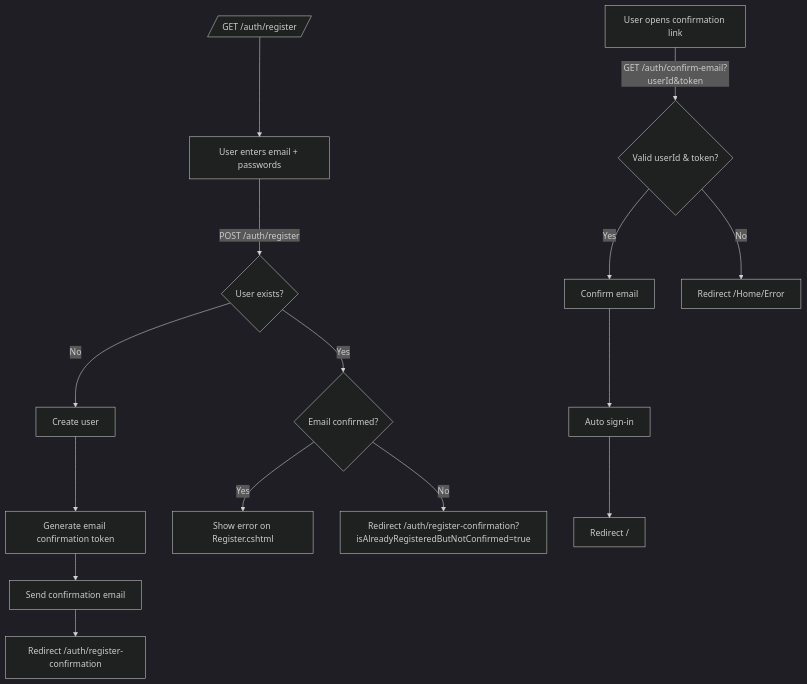
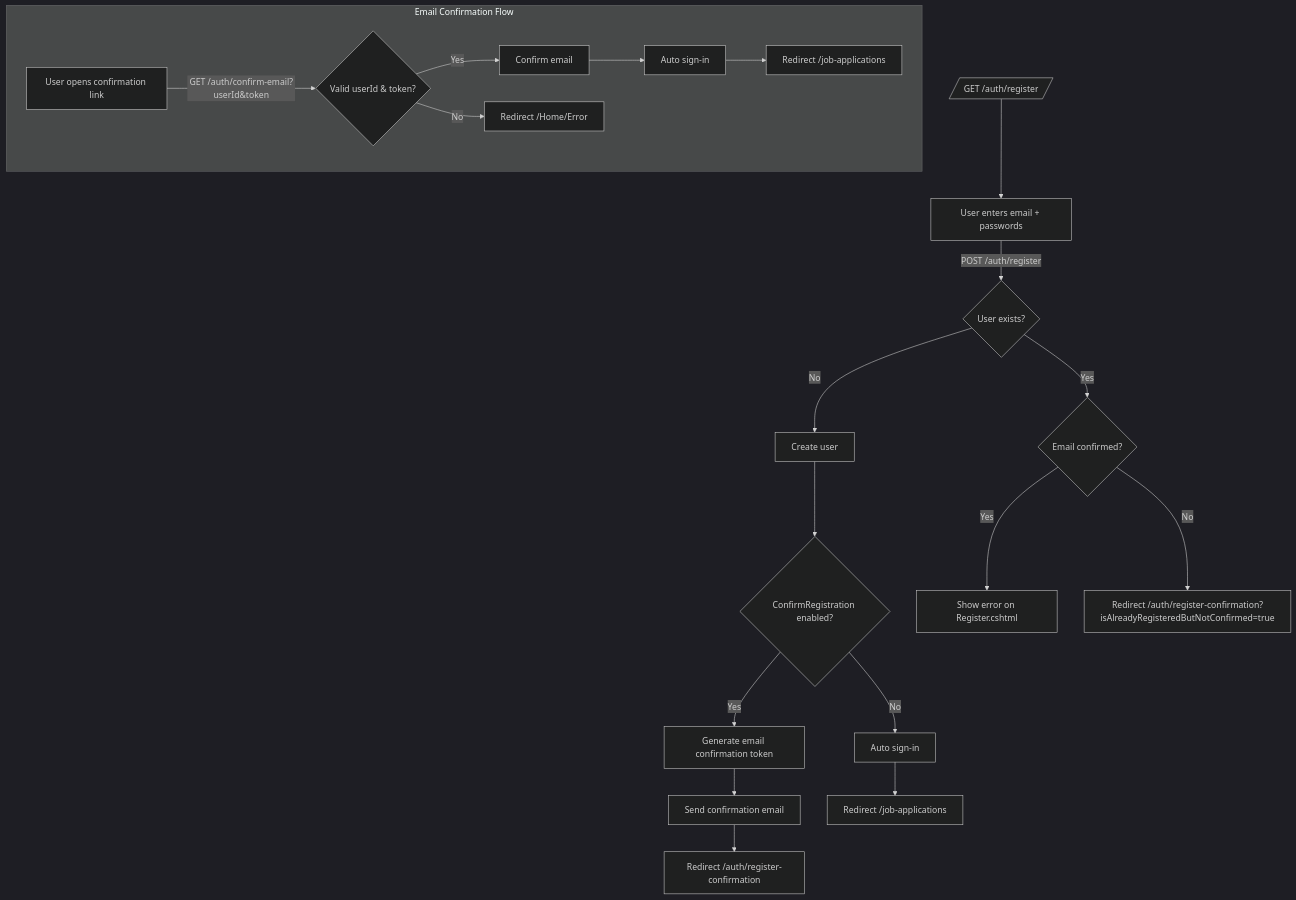
The third of 3 diagrams in docs/auth-flows.md (DanielSzopa/CareerPilotAi), drawn with Mermaid before and after one commit. The commit also changed other lines of this file and 5 other files, not shown here.

````diff
--- a/docs/auth-flows.md
+++ b/docs/auth-flows.md
@@ -233,20 +236,25 @@
 ```mermaid
 %%{init: { 'theme': 'dark' }}%%
 flowchart TD
   R1[/GET /auth/register/] --> R2[User enters email + passwords]
   R2 -->|POST /auth/register| R3{User exists?}
   R3 -- No --> R4[Create user]
-  R4 --> R5[Generate email confirmation token]
+  R4 --> R4_1{ConfirmRegistration enabled?}
+  R4_1 -- Yes --> R5[Generate email confirmation token]
   R5 --> R6[Send confirmation email]
   R6 --> R7[Redirect /auth/register-confirmation]
+  R4_1 -- No --> R4_2[Auto sign-in]
+  R4_2 --> R4_3[Redirect /job-applications]
   R3 -- Yes --> R8{Email confirmed?}
   R8 -- Yes --> R9[Show error on Register.cshtml]
   R8 -- No --> R10[Redirect /auth/register-confirmation?isAlreadyRegisteredButNotConfirmed=true]
 
-  C1[User opens confirmation link]
-  C1 -->|GET /auth/confirm-email?userId&token| C2{Valid userId & token?}
-  C2 -- Yes --> C3[Confirm email]
-  C3 --> C4[Auto sign-in]
-  C4 --> C5[Redirect /]
-  C2 -- No --> C6[Redirect /Home/Error]
+  subgraph Email Confirmation Flow
+    C1[User opens confirmation link]
+    C1 -->|GET /auth/confirm-email?userId&token| C2{Valid userId & token?}
+    C2 -- Yes --> C3[Confirm email]
+    C3 --> C4[Auto sign-in]
+    C4 --> C5[Redirect /job-applications]
+    C2 -- No --> C6[Redirect /Home/Error]
+  end
 ```
````
